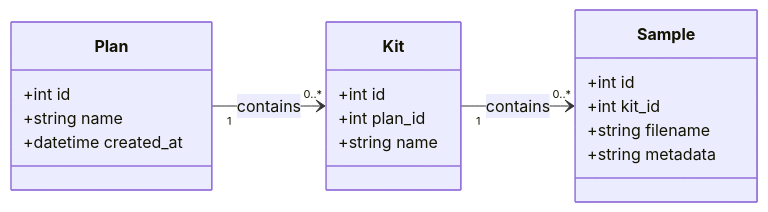
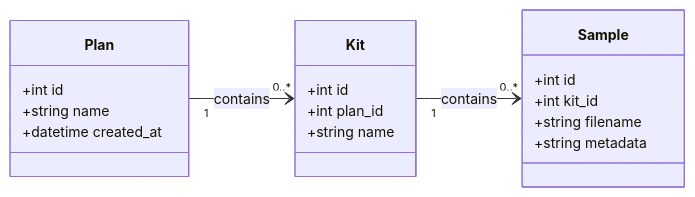
The diagram in docs/romper-db.md (peteb4ker/romper), drawn with Mermaid before and after one commit.

Commit message:
mermaid styling

```diff
--- a/docs/romper-db.md
+++ b/docs/romper-db.md
@@ -11,26 +11,28 @@
 <div class="mermaid">
+%%{init: {"class": {"direction": "LR"}, "theme": "default", "themeVariables": {"fontSize": "14px"}}}%%
 classDiagram
-    direction LR
 
-    class Plan {
-        +int id
-        +string name
-        +datetime created_at
-    }
+direction LR
 
-    class Kit {
-        +int id
-        +int plan_id
-        +string name
-    }
+class Plan {
+  +int id
+  +string name
+  +datetime created_at
+}
 
-    class Sample {
-        +int id
-        +int kit_id
-        +string filename
-        +string metadata
-    }
+class Kit {
+  +int id
+  +int plan_id
+  +string name
+}
 
-    Plan "1" --> "0..*" Kit : contains
-    Kit "1" --> "0..*" Sample : contains
+class Sample {
+  +int id
+  +int kit_id
+  +string filename
+  +string metadata
+}
+
+Plan "1" --> "0..*" Kit : contains
+Kit "1" --> "0..*" Sample : contains
 </div>
```
